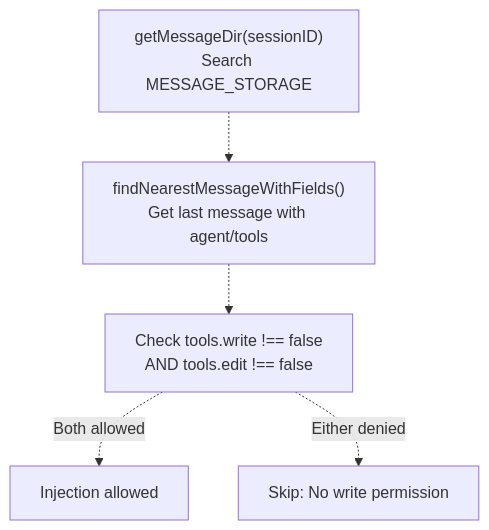
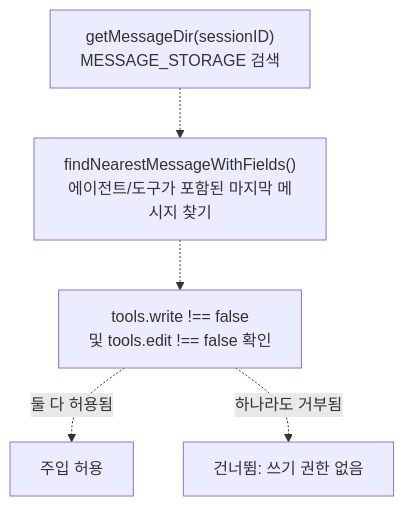
One commit to felipetruman/oh-my-opencode-docs changed the sixth of 7 diagrams in docs/reliability/todo-continuation-enforcer.md. Above: the diagram before and after it, drawn with Mermaid. The commit also changed other lines of this file and 76 other files, not shown here.

````diff
--- a/docs/reliability/todo-continuation-enforcer.md
+++ b/docs/reliability/todo-continuation-enforcer.md
@@ -380,14 +380,14 @@
 ```mermaid
 flowchart TD
 
-GetMessageDir["getMessageDir(sessionID)<br>Search MESSAGE_STORAGE"]
-FindMessage["findNearestMessageWithFields()<br>Get last message with agent/tools"]
-CheckTools["Check tools.write !== false<br>AND tools.edit !== false"]
-AllowInjection["Injection allowed"]
-SkipInjection["Skip: No write permission"]
+GetMessageDir["getMessageDir(sessionID)<br>MESSAGE_STORAGE 검색"]
+FindMessage["findNearestMessageWithFields()<br>에이전트/도구가 포함된 마지막 메시지 찾기"]
+CheckTools["tools.write !== false<br>및 tools.edit !== false 확인"]
+AllowInjection["주입 허용"]
+SkipInjection["건너뜀: 쓰기 권한 없음"]
 
 GetMessageDir -.-> FindMessage
 FindMessage -.-> CheckTools
-CheckTools -.->|"Both allowed"| AllowInjection
-CheckTools -.->|"Either denied"| SkipInjection
+CheckTools -.->|"둘 다 허용됨"| AllowInjection
+CheckTools -.->|"하나라도 거부됨"| SkipInjection
 ```
````
